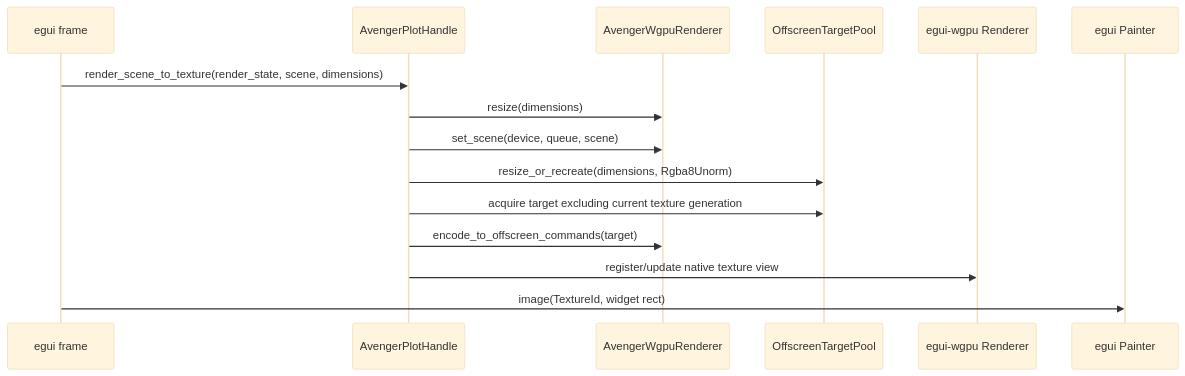
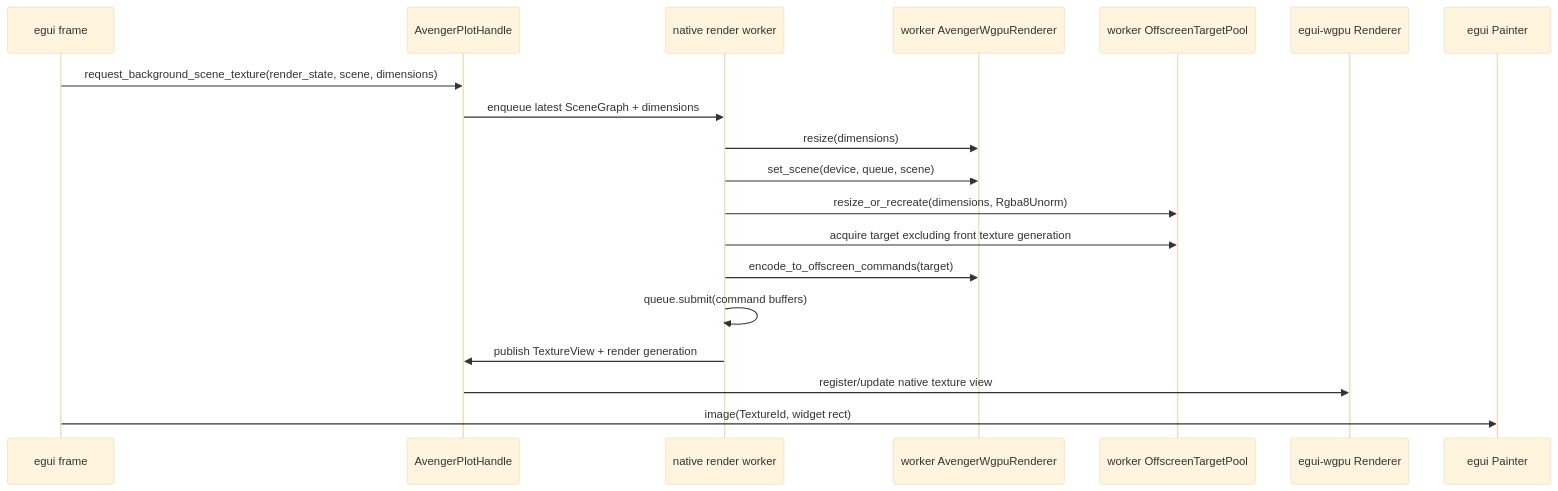
One commit to jonmmease/avenger changed the second of 3 diagrams in avenger-chart/docs/architecture/wgpu-gui-offscreen.md. Above: the diagram before and after it, drawn with Mermaid (base theme). The commit also changed other lines of this file and 3 other files, not shown here.

Commit message:
feat(egui): render plot textures on worker

````diff
--- a/avenger-chart/docs/architecture/wgpu-gui-offscreen.md
+++ b/avenger-chart/docs/architecture/wgpu-gui-offscreen.md
@@ -113,18 +113,22 @@
 ```mermaid
 sequenceDiagram
     participant UI as egui frame
     participant Handle as AvengerPlotHandle
-    participant Renderer as AvengerWgpuRenderer
-    participant Pool as OffscreenTargetPool
+    participant Worker as native render worker
+    participant Renderer as worker AvengerWgpuRenderer
+    participant Pool as worker OffscreenTargetPool
     participant EguiWgpu as egui-wgpu Renderer
     participant Painter as egui Painter
 
-    UI->>Handle: render_scene_to_texture(render_state, scene, dimensions)
-    Handle->>Renderer: resize(dimensions)
-    Handle->>Renderer: set_scene(device, queue, scene)
-    Handle->>Pool: resize_or_recreate(dimensions, Rgba8Unorm)
-    Handle->>Pool: acquire target excluding current texture generation
-    Handle->>Renderer: encode_to_offscreen_commands(target)
+    UI->>Handle: request_background_scene_texture(render_state, scene, dimensions)
+    Handle->>Worker: enqueue latest SceneGraph + dimensions
+    Worker->>Renderer: resize(dimensions)
+    Worker->>Renderer: set_scene(device, queue, scene)
+    Worker->>Pool: resize_or_recreate(dimensions, Rgba8Unorm)
+    Worker->>Pool: acquire target excluding front texture generation
+    Worker->>Renderer: encode_to_offscreen_commands(target)
+    Worker->>Worker: queue.submit(command buffers)
+    Worker->>Handle: publish TextureView + render generation
     Handle->>EguiWgpu: register/update native texture view
     UI->>Painter: image(TextureId, widget rect)
 ```
````
